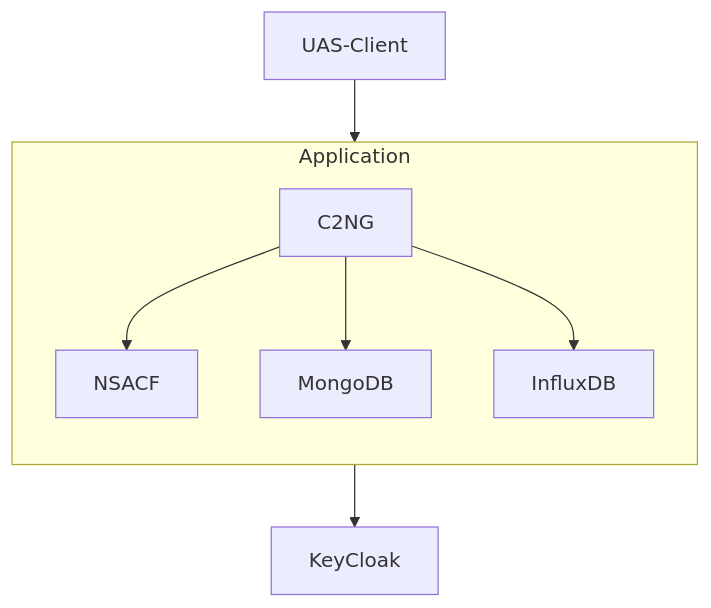
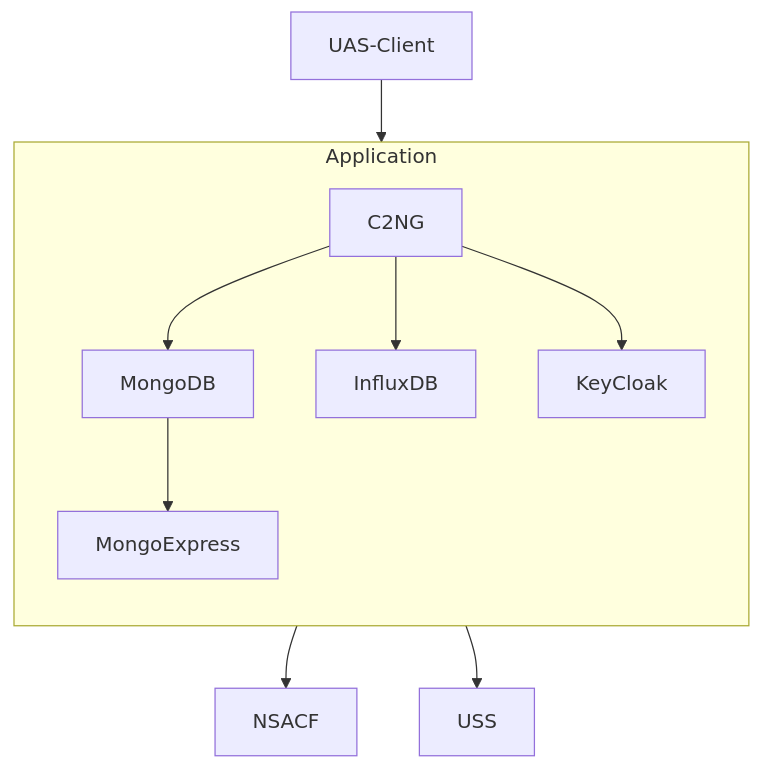
Before and after one commit to flyvercity/iot-ngin-c2ng: the first of 6 diagrams in docs/GENERAL.md, drawn with Mermaid. The commit also changed other lines of this file and 4 other files, not shown here.

````diff
--- a/docs/GENERAL.md
+++ b/docs/GENERAL.md
@@ -45,11 +45,13 @@
 ```mermaid
 flowchart
     UAS-Client --> Application
     subgraph Application
         direction TB
-        C2NG --> NSACF
         C2NG --> MongoDB
         C2NG --> InfluxDB
+        C2NG --> KeyCloak
+        MongoDB --> MongoExpress
     end
-    Application --> KeyCloak
+    Application --> NSACF
+    Application --> USS
 ```
````
